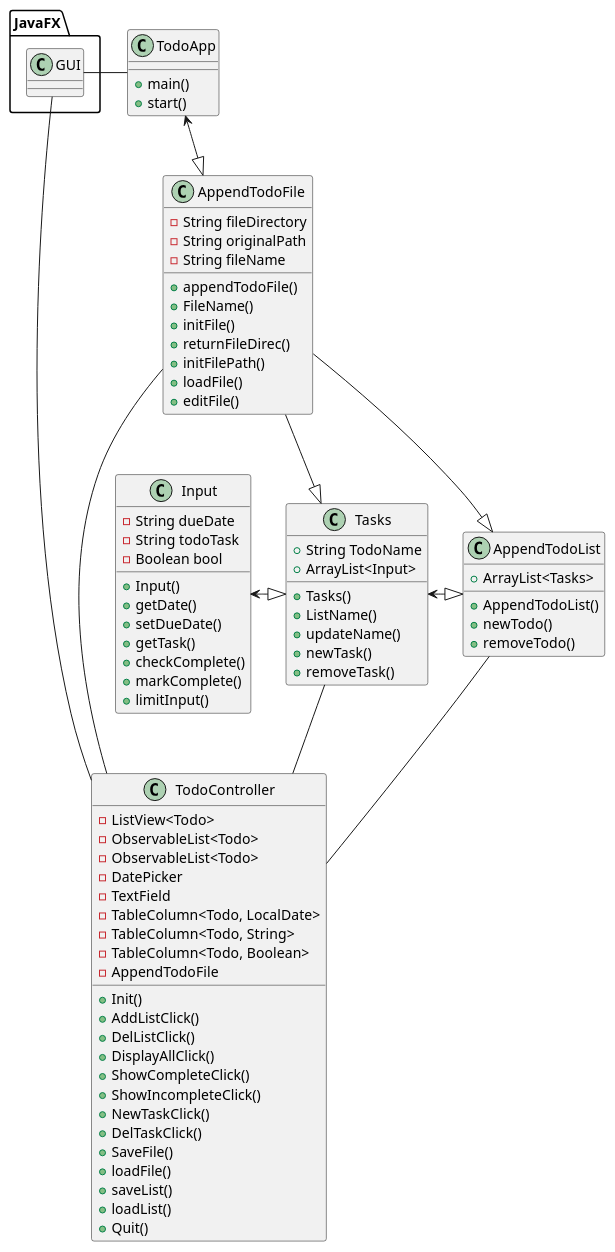
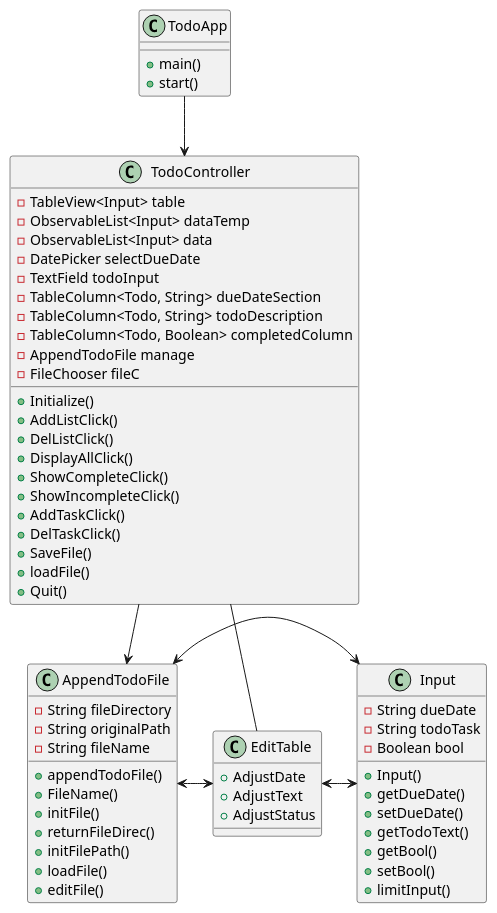
One commit to yeshmandava/mandava-cop3330-assignment4part2 changed the diagram in uml/Todo.puml. Above: the diagram before and after it, drawn with PlantUML. The commit also changed 8 other files, not shown here.

```diff
--- a/uml/Todo.puml
+++ b/uml/Todo.puml
@@ -1,106 +1,83 @@
 @startuml
 'https://plantuml.com/sequence-diagram
 
-JavaFX.GUI = TodoApp
-JavaFX.GUI = TodoController
+TodoApp --> TodoController
+TodoController -->AppendTodoFile
+TodoController = EditTable
+EditTable <-> Input
+AppendTodoFile <-> Input
+AppendTodoFile <-> EditTable
+
 
 class TodoApp
 {
     +main()
     +start()
 }
 
 class Input
 {
     -String dueDate
     -String todoTask
     -Boolean bool
 
     +Input()
-    +getDate()
+    +getDueDate()
     +setDueDate()
-    +getTask()
-    +checkComplete()
-    +markComplete()
+    +getTodoText()
+    +getBool()
+    +setBool()
     +limitInput()
 }
 
 class AppendTodoFile
 {
     -String fileDirectory
     -String originalPath
     -String fileName
 
     +appendTodoFile()
     +FileName()
     +initFile()
     +returnFileDirec()
     +initFilePath()
     +loadFile()
     +editFile()
 }
 
 class TodoController
 {
-    -ListView<Todo>
-    -ObservableList<Todo>
-    -ObservableList<Todo>
-    -DatePicker
-    -TextField
-    -TableColumn<Todo, LocalDate>
-    -TableColumn<Todo, String>
-    -TableColumn<Todo, Boolean>
-    -AppendTodoFile
+    -TableView<Input> table
+    -ObservableList<Input> dataTemp
+    -ObservableList<Input> data
+    -DatePicker selectDueDate
+    -TextField todoInput
+    -TableColumn<Todo, String> dueDateSection
+    -TableColumn<Todo, String> todoDescription
+    -TableColumn<Todo, Boolean> completedColumn
+    -AppendTodoFile manage
+    -FileChooser fileC
 
 
-    +Init()
+    +Initialize()
     +AddListClick()
     +DelListClick()
     +DisplayAllClick()
     +ShowCompleteClick()
     +ShowIncompleteClick()
-    +NewTaskClick()
+    +AddTaskClick()
     +DelTaskClick()
     +SaveFile()
     +loadFile()
-    +saveList()
-    +loadList()
     +Quit()
 }
 
-class AppendTodoList
+class EditTable
 {
-    +ArrayList<Tasks>
-
-    +AppendTodoList()
-    +newTodo()
-    +removeTodo()
+   +AdjustDate
+   +AdjustText
+   +AdjustStatus
 
 }
 
-class Tasks
-{
-    +String TodoName
-    +ArrayList<Input>
-
-    +Tasks()
-    +ListName()
-    +updateName()
-    +newTask()
-    +removeTask()
-
-}
-
-
-TodoApp <--|> AppendTodoFile
-Input <-|> Tasks
-AppendTodoFile --|> AppendTodoList
-Tasks <-|> AppendTodoList
-AppendTodoFile --|> Tasks
-
-
-AppendTodoList = TodoController
-AppendTodoFile = TodoController
-Tasks == TodoController
-
 @enduml
```
